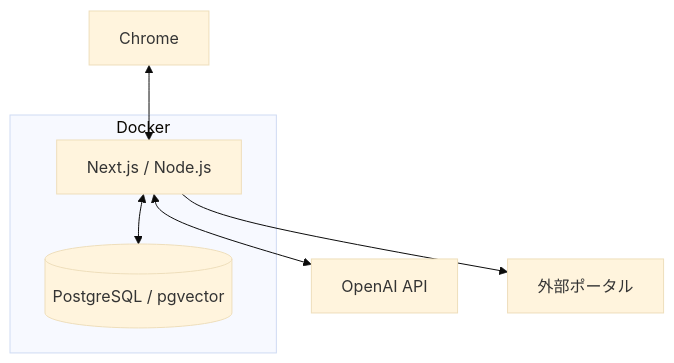
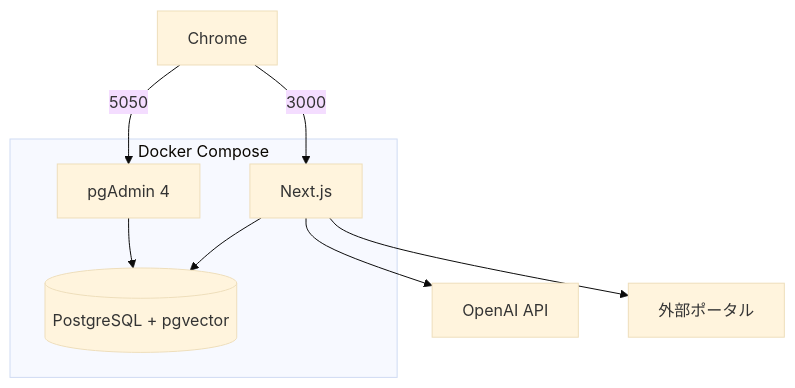
Before and after one commit to adt718/report-diff-ai: the first of 3 diagrams in README.md, drawn with Mermaid (base theme). The commit also changed other lines of this file, not shown here.

````diff
--- a/README.md
+++ b/README.md
@@ -526,14 +917,17 @@
 ```mermaid
 flowchart TD
-    Browser[Chrome]
-
-    subgraph Docker
-        App[Next.js / Node.js]
-        DB[(PostgreSQL / pgvector)]
-        App <--> DB
+    %% WindowsのブラウザーからアプリとDB管理画面へアクセスする
+    B[Chrome]
+    subgraph Docker[Docker Compose]
+        A[Next.js]
+        G[pgAdmin 4]
+        DB[(PostgreSQL + pgvector)]
+        A --> DB
+        G --> DB
     end
-
-    Browser <--> App
-    App <--> OpenAI[OpenAI API]
-    App --> Portal[外部ポータル]
+    B -->|3000| A
+    B -->|5050| G
+    %% アプリから外部API・提出先へ接続する
+    A --> AI[OpenAI API]
+    A --> T[外部ポータル]
 ```
````
